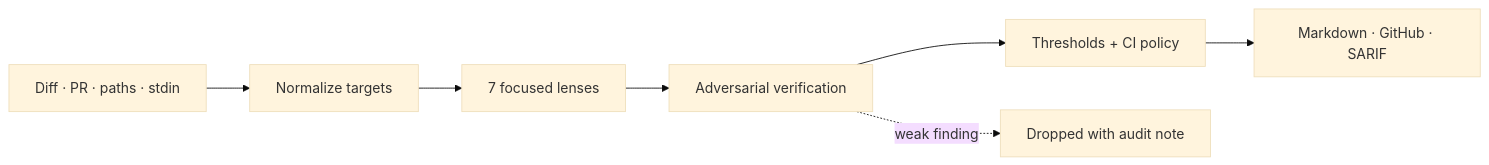
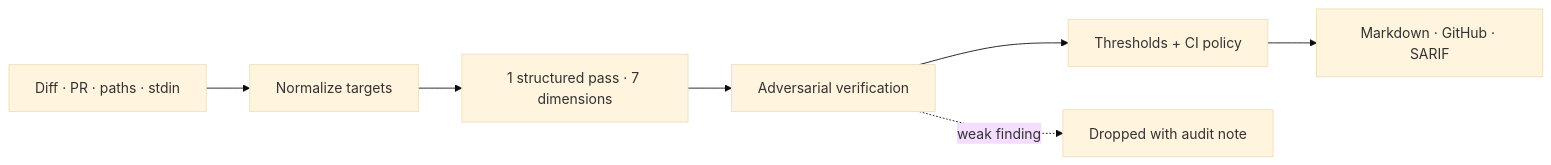
The diagram in README.md (AgentsKit-io/code-review), drawn with Mermaid (base theme) before and after one commit. The commit also changed other lines of this file and 24 other files, not shown here.

````diff
--- a/README.md
+++ b/README.md
@@ -232,9 +232,9 @@
 ```mermaid
 flowchart LR
   A["Diff · PR · paths · stdin"] --> B["Normalize targets"]
-  B --> C["7 focused lenses"]
+  B --> C["1 structured pass · 7 dimensions"]
   C --> D["Adversarial verification"]
   D --> E["Thresholds + CI policy"]
   E --> F["Markdown · GitHub · SARIF"]
   D -. "weak finding" .-> G["Dropped with audit note"]
 ```
````
